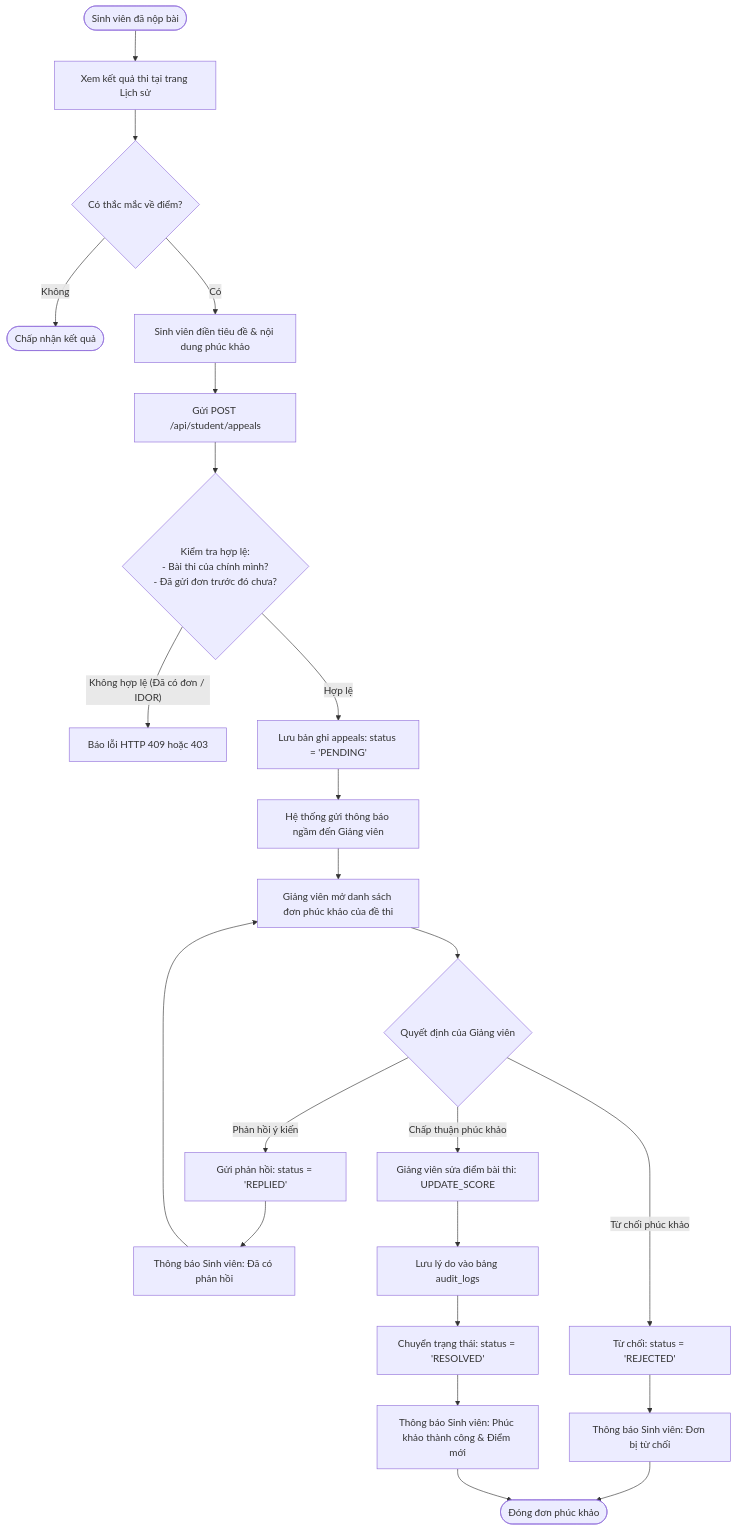
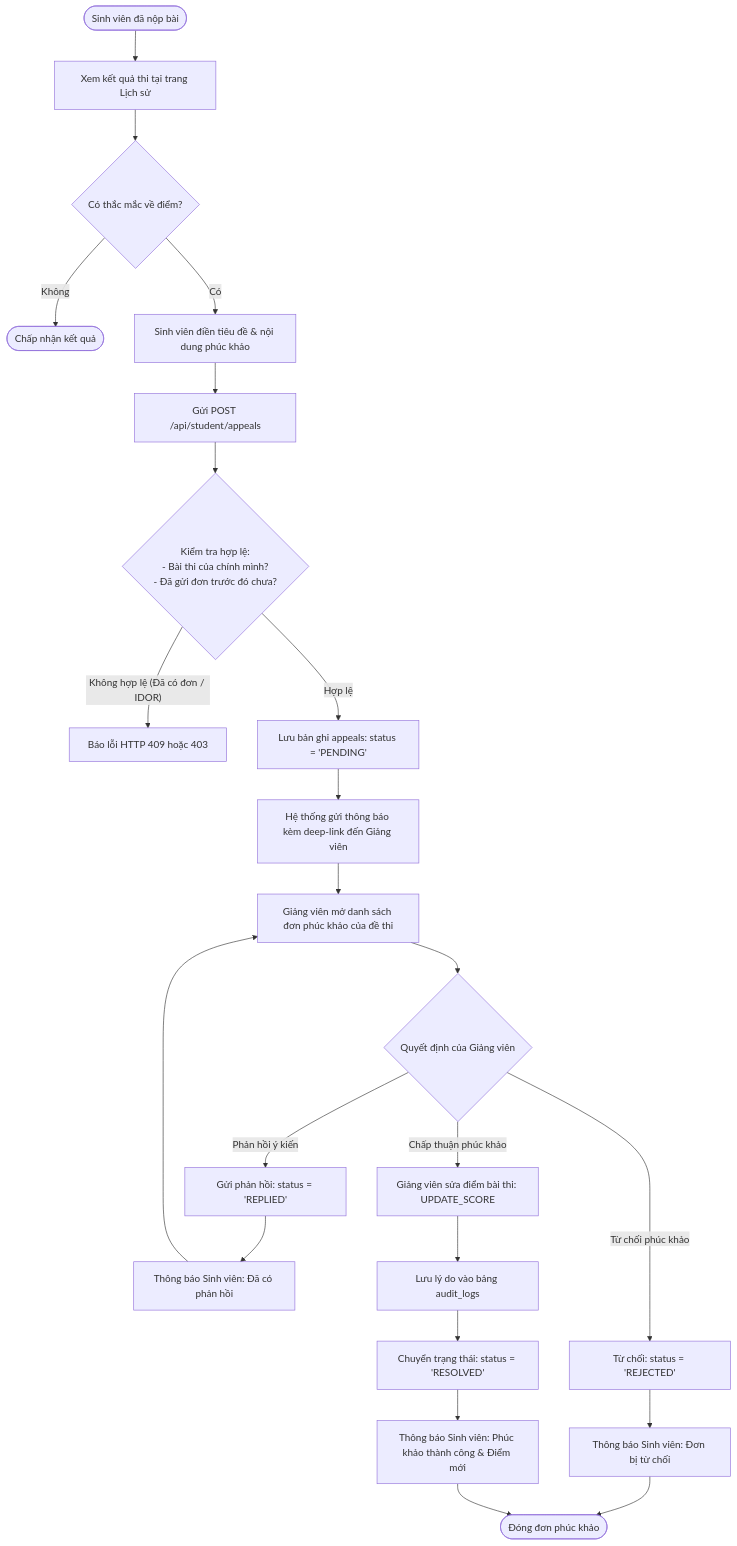
Before and after one commit to NguenDung/exam-system-mvp: the fourth of 8 diagrams in ARCHITECTURE_AND_REPORT.md, drawn with Mermaid. The commit also changed other lines of this file and 23 other files, not shown here.

````diff
--- a/ARCHITECTURE_AND_REPORT.md
+++ b/ARCHITECTURE_AND_REPORT.md
@@ -476,32 +552,32 @@
 ```mermaid
 flowchart TD
     SubmitExam([Sinh viên đã nộp bài]) --> CheckScore[Xem kết quả thi tại trang Lịch sử]
     CheckScore --> DisagreeScore{Có thắc mắc về điểm?}
 
     DisagreeScore -- "Không" --> AcceptResult([Chấp nhận kết quả])
     DisagreeScore -- "Có" --> CreateAppeal["Sinh viên điền tiêu đề & nội dung phúc khảo"]
     CreateAppeal --> SendAppealAPI["Gửi POST /api/student/appeals"]
 
     SendAppealAPI --> ValidateAppeal{"Kiểm tra hợp lệ:<br/>- Bài thi của chính mình?<br/>- Đã gửi đơn trước đó chưa?"}
     ValidateAppeal -- "Không hợp lệ (Đã có đơn / IDOR)" --> RejectCreate[Báo lỗi HTTP 409 hoặc 403]
     
     ValidateAppeal -- "Hợp lệ" --> SavePending["Lưu bản ghi appeals: status = 'PENDING'"]
-    SavePending --> NotifyTeacher["Hệ thống gửi thông báo ngầm đến Giảng viên"]
+    SavePending --> NotifyTeacher["Hệ thống gửi thông báo kèm deep-link đến Giảng viên"]
 
     NotifyTeacher --> TeacherReview[Giảng viên mở danh sách đơn phúc khảo của đề thi]
     TeacherReview --> TeacherAction{"Quyết định của Giảng viên"}
 
     TeacherAction -- "Phản hồi ý kiến" --> ReplyAppeal["Gửi phản hồi: status = 'REPLIED'"]
     ReplyAppeal --> NotifyStudent1["Thông báo Sinh viên: Đã có phản hồi"]
     NotifyStudent1 --> TeacherReview
 
     TeacherAction -- "Từ chối phúc khảo" --> RejectAppeal["Từ chối: status = 'REJECTED'"]
     RejectAppeal --> NotifyStudent2["Thông báo Sinh viên: Đơn bị từ chối"]
     NotifyStudent2 --> AppealClosed([Đóng đơn phúc khảo])
 
     TeacherAction -- "Chấp thuận phúc khảo" --> ResolveAction["Giảng viên sửa điểm bài thi: UPDATE_SCORE"]
     ResolveAction --> WriteAuditLog["Lưu lý do vào bảng audit_logs"]
     WriteAuditLog --> ResolveAppeal["Chuyển trạng thái: status = 'RESOLVED'"]
     ResolveAppeal --> NotifyStudent3["Thông báo Sinh viên: Phúc khảo thành công & Điểm mới"]
     NotifyStudent3 --> AppealClosed
 ```
````
